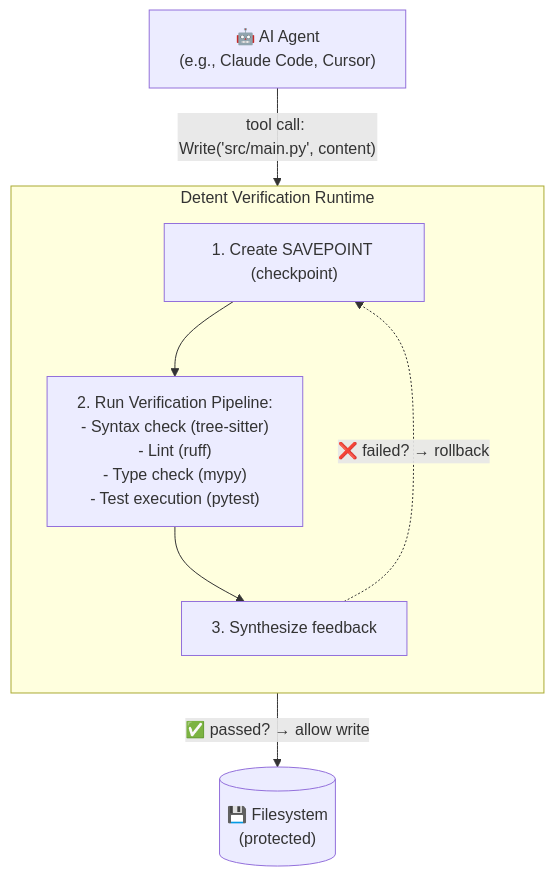
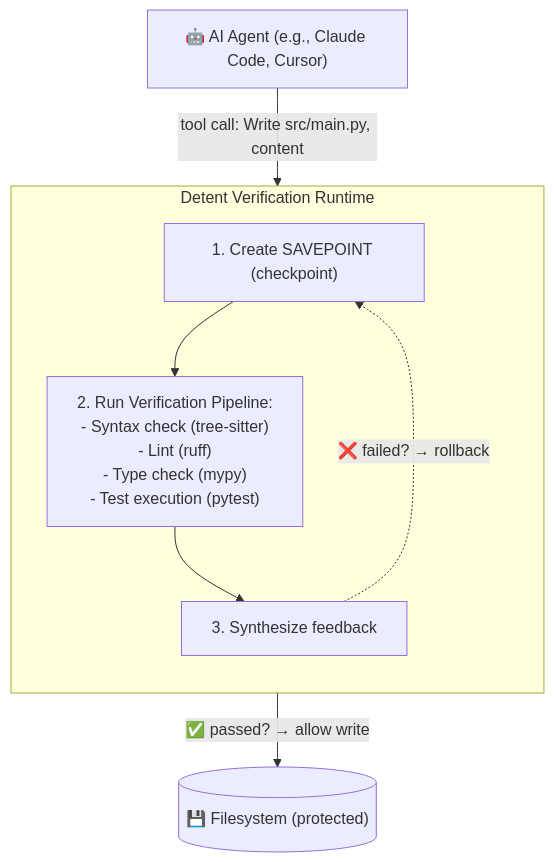
The diagram in README.md (ofircohen205/detent), drawn with Mermaid before and after one commit.

Commit message:
docs(readme): fix mermaid syntax error for github rendering

````diff
--- a/README.md
+++ b/README.md
@@ -19,18 +19,19 @@
 ```mermaid
 flowchart TD
-    Agent["🤖 AI Agent<br/>(e.g., Claude Code, Cursor)"]
+    Agent["🤖 AI Agent (e.g., Claude Code, Cursor)"]
 
-    subgraph Detent ["Detent Verification Runtime"]
+    subgraph Detent[Detent Verification Runtime]
         direction TB
         S1["1. Create SAVEPOINT (checkpoint)"]
-        S2["2. Run Verification Pipeline:<br/>   - Syntax check (tree-sitter)<br/>   - Lint (ruff)<br/>   - Type check (mypy)<br/>   - Test execution (pytest)"]
+        S2["2. Run Verification Pipeline:<br>- Syntax check (tree-sitter)<br>- Lint (ruff)<br>- Type check (mypy)<br>- Test execution (pytest)"]
         S3["3. Synthesize feedback"]
-        S1 --> S2 --> S3
+        S1 --> S2
+        S2 --> S3
     end
 
-    FS[("💾 Filesystem<br/>(protected)")]
+    FS[("💾 Filesystem (protected)")]
 
-    Agent -->|"tool call: Write('src/main.py', content)"| S1
-    S3 -->|"✅ passed? → allow write"| FS
-    S3 -.->|"❌ failed? → rollback"| S1
+    Agent -->|tool call: Write src/main.py, content| S1
+    S3 -->|✅ passed? → allow write| FS
+    S3 -.->|❌ failed? → rollback| S1
 ```
````
